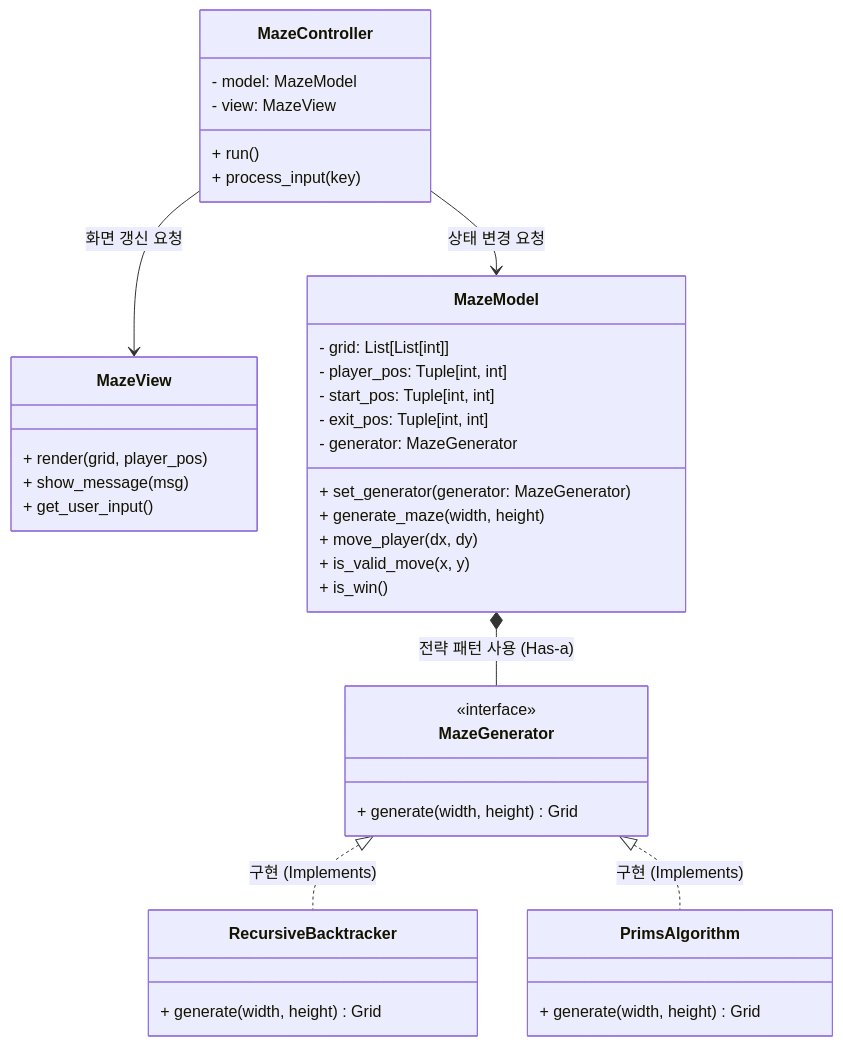
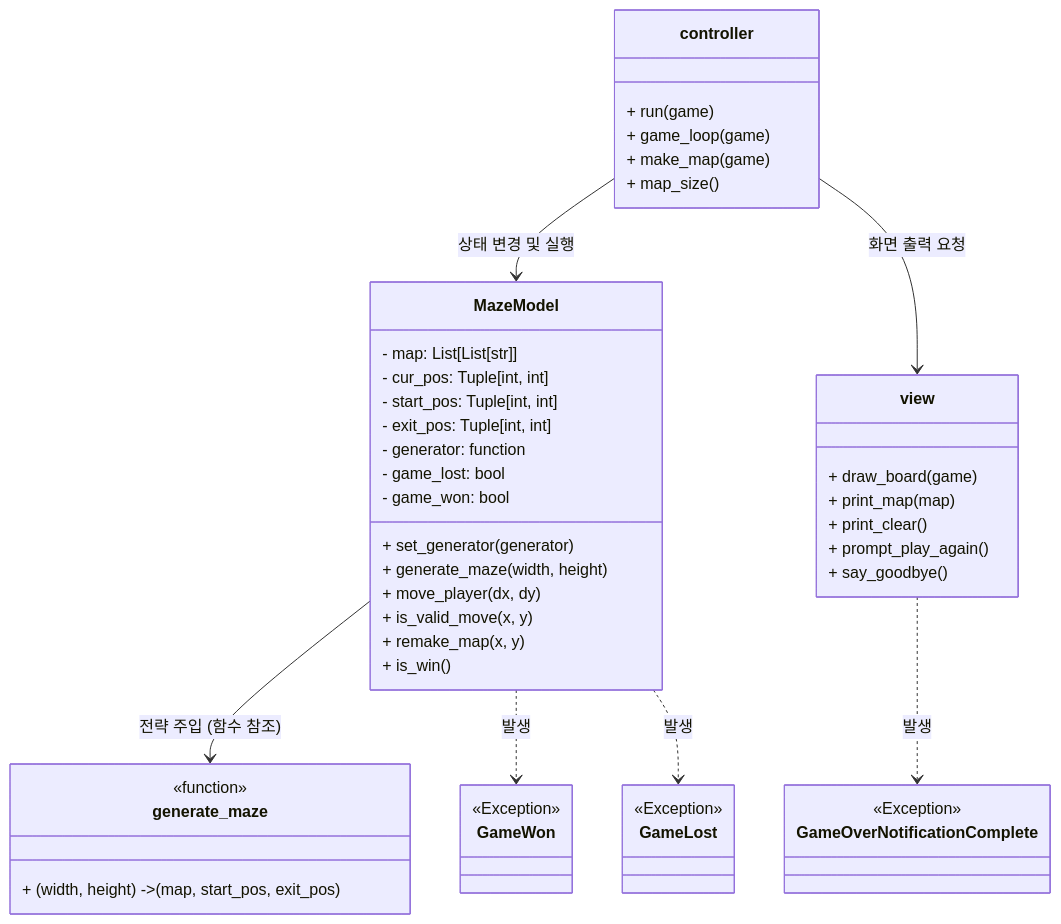
The diagram in docs/design/design.md (sinyeong10/maze_game), drawn with Mermaid before and after one commit. The commit also changed 2 other files, not shown here.

Commit message:
fix(docs) : 코드 기반으로 생성 요청함

````diff
--- a/docs/design/design.md
+++ b/docs/design/design.md
@@ -18,47 +18,79 @@
 ```mermaid
 classDiagram
-    class MazeController {
-        - model: MazeModel
-        - view: MazeView
-        + run()
-        + process_input(key)
+    %% ======================
+    %% Controller (함수 기반)
+    %% ======================
+    class controller {
+        + run(game)
+        + game_loop(game)
+        + make_map(game)
+        + map_size()
     }
 
-    class MazeView {
-        + render(grid, player_pos)
-        + show_message(msg)
-        + get_user_input()
+    %% ======================
+    %% View (함수 기반)
+    %% ======================
+    class view {
+        + draw_board(game)
+        + print_map(map)
+        + print_clear()
+        + prompt_play_again()
+        + say_goodbye()
     }
 
+    %% ======================
+    %% Model
+    %% ======================
     class MazeModel {
-        - grid: List[List[int]]
-        - player_pos: Tuple[int, int]
+        - map: List[List[str]]
+        - cur_pos: Tuple[int, int]
         - start_pos: Tuple[int, int]
         - exit_pos: Tuple[int, int]
-        - generator: MazeGenerator
-        + set_generator(generator: MazeGenerator)
+        - generator: function
+        - game_lost: bool
+        - game_won: bool
+
+        + set_generator(generator)
         + generate_maze(width, height)
         + move_player(dx, dy)
         + is_valid_move(x, y)
+        + remake_map(x, y)
         + is_win()
     }
 
-    class MazeGenerator {
-        <<interface>>
-        + generate(width, height) Grid
+    %% ======================
+    %% Generator (함수)
+    %% ======================
+    class generate_maze {
+        <<function>>
+        + (width, height) -> (map, start_pos, exit_pos)
     }
 
-    class RecursiveBacktracker {
-        + generate(width, height) Grid
+    %% ======================
+    %% Exceptions
+    %% ======================
+    class GameWon {
+        <<Exception>>
     }
 
-    class PrimsAlgorithm {
-        + generate(width, height) Grid
+    class GameLost {
+        <<Exception>>
     }
 
-    MazeController --> MazeModel : 상태 변경 요청
-    MazeController --> MazeView : 화면 갱신 요청
-    MazeModel *-- MazeGenerator : 전략 패턴 사용 (Has-a)
-    MazeGenerator <|.. RecursiveBacktracker : 구현 (Implements)
-    MazeGenerator <|.. PrimsAlgorithm : 구현 (Implements)
+    class GameOverNotificationComplete {
+        <<Exception>>
+    }
+
+    %% ======================
+    %% Relationships
+    %% ======================
+    controller --> MazeModel : 상태 변경 및 실행
+    controller --> view : 화면 출력 요청
+
+    MazeModel --> generate_maze : 전략 주입 (함수 참조)
+
+    MazeModel ..> GameWon : 발생
+    MazeModel ..> GameLost : 발생
+
+    view ..> GameOverNotificationComplete : 발생
 ```
````
